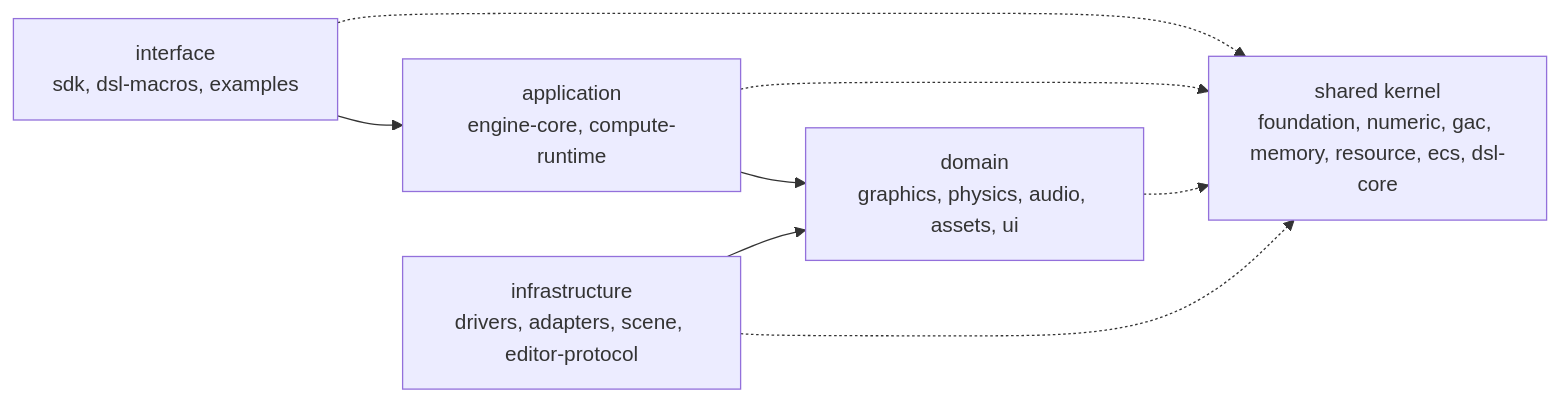
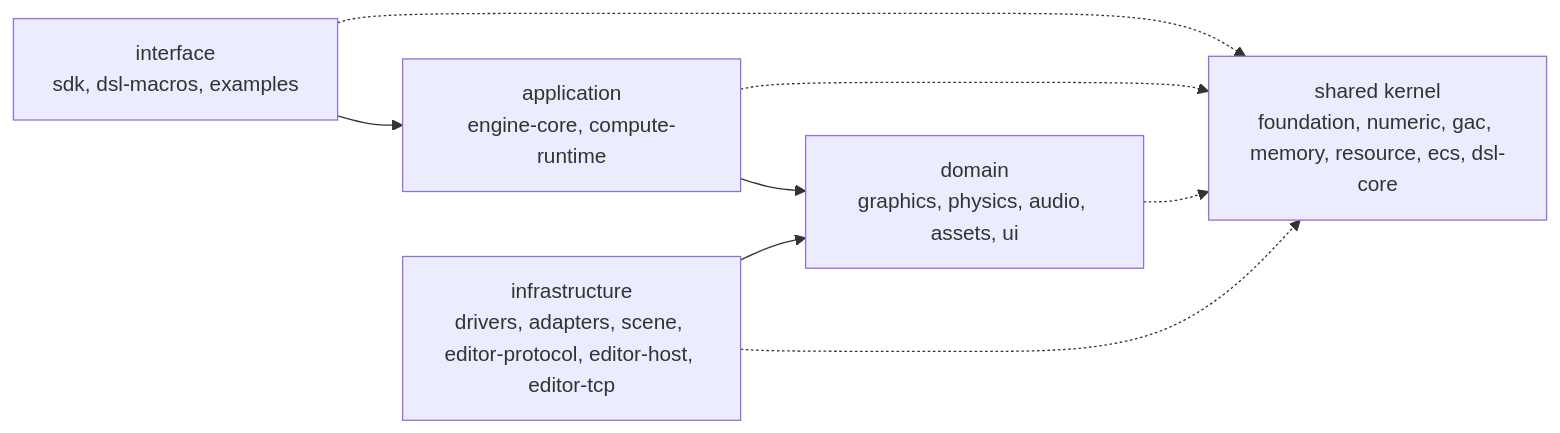
The diagram in README.md (F000NKKK/Meridian-Engine), drawn with Mermaid before and after one commit. The commit also changed other lines of this file and 56 other files, not shown here.

First line of the commit message:
Add the engine-side editor host: Session and loopback TCP adapter

````diff
--- a/README.md
+++ b/README.md
@@ -135,11 +137,11 @@
 ```mermaid
 flowchart LR
     I[interface<br/>sdk, dsl-macros, examples] --> A[application<br/>engine-core, compute-runtime]
     A --> D[domain<br/>graphics, physics, audio, assets, ui]
-    X[infrastructure<br/>drivers, adapters, scene, editor-protocol] --> D
+    X[infrastructure<br/>drivers, adapters, scene, editor-protocol, editor-host, editor-tcp] --> D
     K[shared kernel<br/>foundation, numeric, gac, memory, resource, ecs, dsl-core]
     I -.-> K
     A -.-> K
     D -.-> K
     X -.-> K
 ```
````
